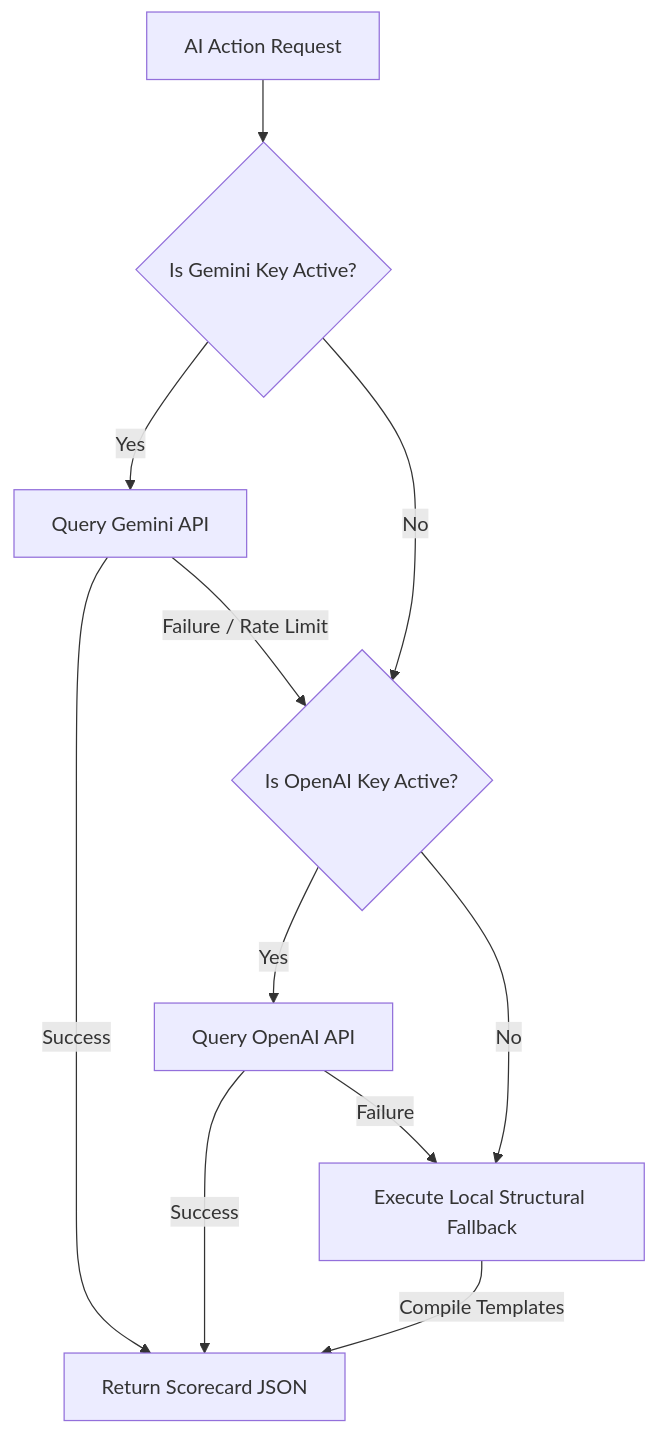
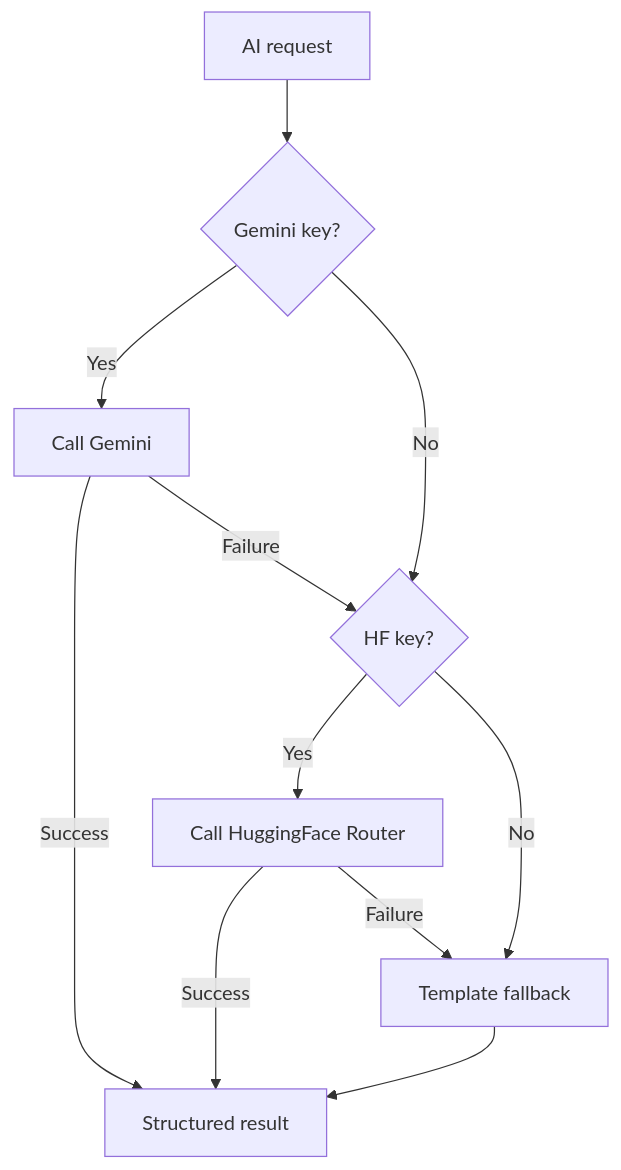
The third of 3 diagrams in docs/TRD.md (pranavvenu12/ai-hiring-os), drawn with Mermaid before and after one commit. The commit also changed other lines of this file and 12 other files, not shown here.

````diff
--- a/docs/TRD.md
+++ b/docs/TRD.md
@@ -100,17 +82,13 @@
 ```mermaid
-graph TD
-    Start[AI Action Request] --> GeminiCheck{Is Gemini Key Active?}
-    GeminiCheck -->|Yes| GeminiCall[Query Gemini API]
-    GeminiCheck -->|No| OpenAICheck{Is OpenAI Key Active?}
-    
-    GeminiCall -->|Success| Complete[Return Scorecard JSON]
-    GeminiCall -->|Failure / Rate Limit| OpenAICheck
-    
-    OpenAICheck -->|Yes| OpenAICall[Query OpenAI API]
-    OpenAICheck -->|No| Fallback[Execute Local Structural Fallback]
-    
-    OpenAICall -->|Success| Complete
-    OpenAICall -->|Failure| Fallback
-    
-    Fallback -->|Compile Templates| Complete
+flowchart TD
+    Request[AI request] --> GeminiAvailable{Gemini key?}
+    GeminiAvailable -->|Yes| GeminiCall[Call Gemini]
+    GeminiAvailable -->|No| HFAvailable{HF key?}
+    GeminiCall -->|Success| Result[Structured result]
+    GeminiCall -->|Failure| HFAvailable
+    HFAvailable -->|Yes| HFCall[Call HuggingFace Router]
+    HFAvailable -->|No| Template[Template fallback]
+    HFCall -->|Success| Result
+    HFCall -->|Failure| Template
+    Template --> Result
 ```
````
